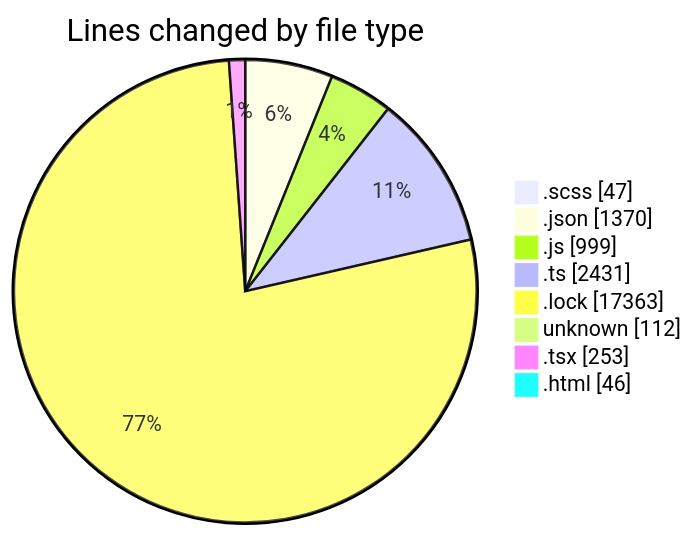
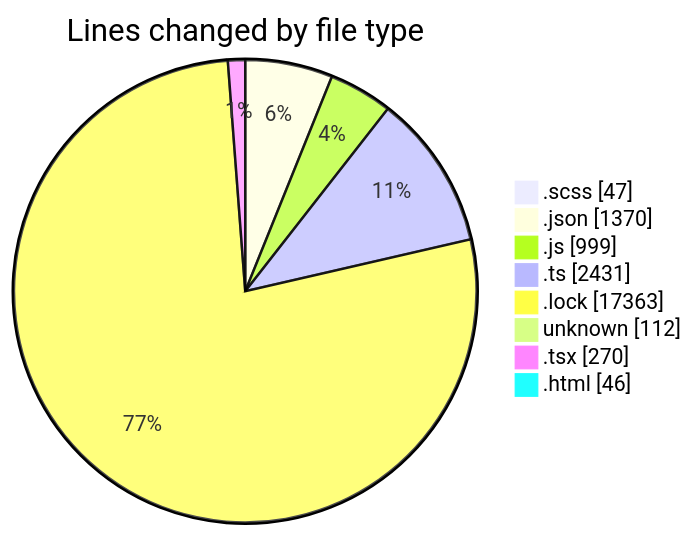
One commit to momahboobian/code-tracking changed the first of 2 diagrams in 2026-04-21/cda/README.md. Above: the diagram before and after it, drawn with Mermaid. The commit also changed other lines of this file and 1 other file, not shown here.

````diff
--- a/2026-04-21/cda/README.md
+++ b/2026-04-21/cda/README.md
@@ -54,12 +54,12 @@
 ```mermaid
 pie showData
 title Lines changed by file type
 ".scss" : 47
 ".json" : 1370
 ".js" : 999
 ".ts" : 2431
 ".lock" : 17363
 "unknown" : 112
-".tsx" : 253
+".tsx" : 270
 ".html" : 46
 ```
````
